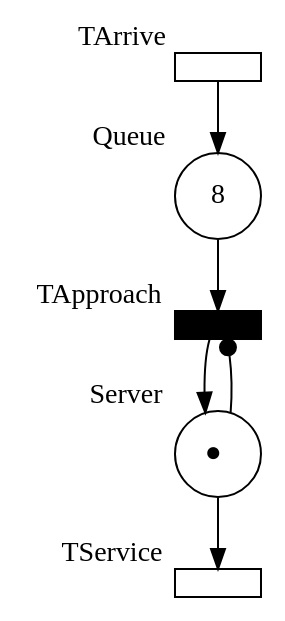
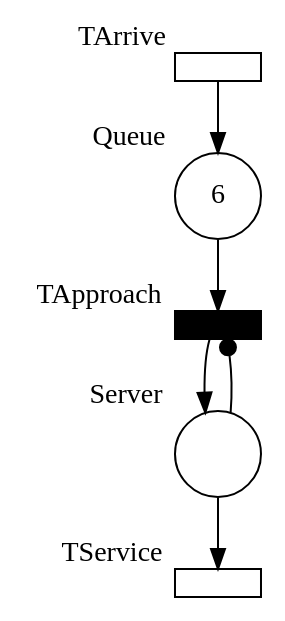
Before and after one commit to jo-chr/pyspn: the diagram in output/graphs/spn_default.gv, drawn with Graphviz. The commit also changed 4 other files, not shown here.

```diff
--- a/output/graphs/spn_default.gv
+++ b/output/graphs/spn_default.gv
@@ -1,13 +1,13 @@
 digraph {
 	node [forcelabels=true]
-	Queue [label=8 fixedsize=true height=0.6 shape=circle width=0.6 xlabel=Queue]
-	Server [label=<&#9679;> fixedsize=true height=0.6 shape=circle width=0.6 xlabel=Server]
+	Queue [label=6 fixedsize=true height=0.6 shape=circle width=0.6 xlabel=Queue]
+	Server [label="" fixedsize=true height=0.6 shape=circle width=0.6 xlabel=Server]
 	TArrive [label="" color=black fixedsize=true height=0.2 shape=rectangle width=0.6 xlabel=TArrive]
 	TArrive -> Queue
 	TApproach [label="" color=black fixedsize=true height=0.2 shape=rectangle style=filled width=0.6 xlabel=TApproach]
 	Queue -> TApproach
 	TApproach -> Server
 	Server -> TApproach [arrowhead=dot]
 	TService [label="" color=black fixedsize=true height=0.2 shape=rectangle width=0.6 xlabel=TService]
 	Server -> TService
 }
```
